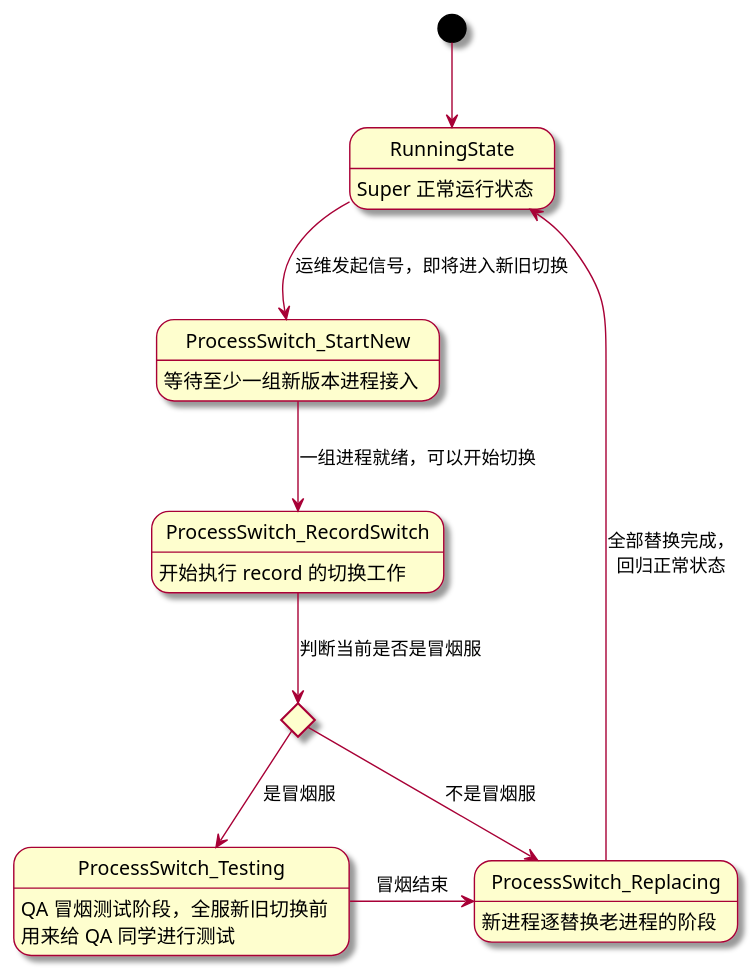
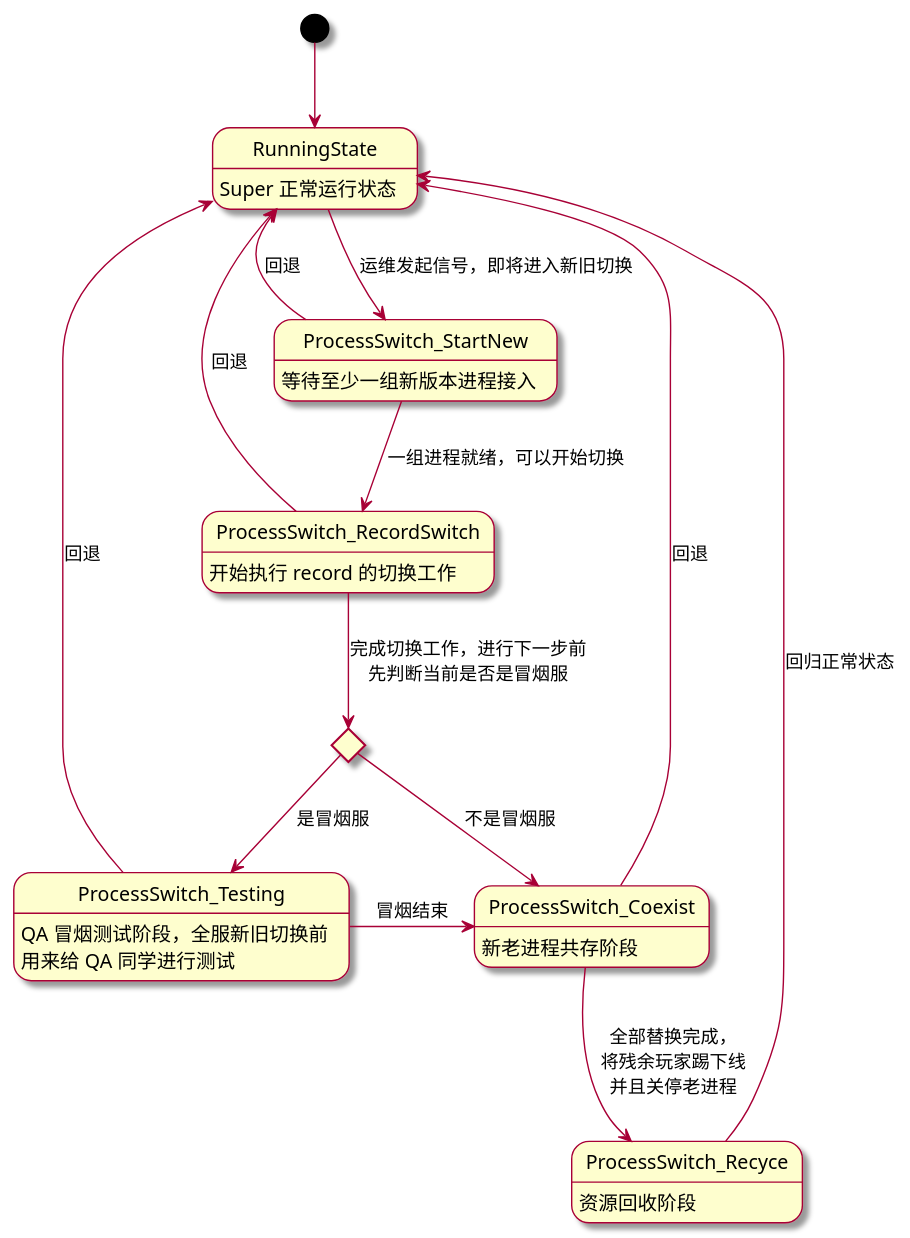
Before and after one commit to mingleeShade/MyPlantUML: the diagram in src/hgame/不停服更新/super 状态图.puml, drawn with PlantUML.

Commit message:
修改 状态图

```diff
--- a/src/hgame/不停服更新/super 状态图.puml
+++ b/src/hgame/不停服更新/super 状态图.puml
@@ -1,28 +1,37 @@
 @startuml
 ' 基础设置
 skin rose
 
 ' 状态定义
 state RunningState: Super 正常运行状态
 state ProcessSwitch_StartNew: 等待至少一组新版本进程接入
 state ProcessSwitch_RecordSwitch: 开始执行 record 的切换工作
 state choice <<choice>>
 state ProcessSwitch_Testing: QA 冒烟测试阶段，全服新旧切换前\n用来给 QA 同学进行测试
-state ProcessSwitch_Replacing: 新进程逐替换老进程的阶段
+state ProcessSwitch_Coexist: 新老进程共存阶段
+state ProcessSwitch_Recyce: 资源回收阶段
 
 
 ' 状态流转
 [*] --> RunningState
 RunningState-->ProcessSwitch_StartNew: 运维发起信号，即将进入新旧切换
+RunningState <-- ProcessSwitch_StartNew: 回退
 
 ProcessSwitch_StartNew-->ProcessSwitch_RecordSwitch: 一组进程就绪，可以开始切换
 
-ProcessSwitch_RecordSwitch --> choice: 判断当前是否是冒烟服
+RunningState <--ProcessSwitch_RecordSwitch: 回退
+
+ProcessSwitch_RecordSwitch --> choice: 完成切换工作，进行下一步前\n先判断当前是否是冒烟服
 choice --> ProcessSwitch_Testing: 是冒烟服
-choice --> ProcessSwitch_Replacing: 不是冒烟服
+RunningState <-- ProcessSwitch_Testing: 回退
 
-ProcessSwitch_Testing -> ProcessSwitch_Replacing: 冒烟结束
+choice --> ProcessSwitch_Coexist: 不是冒烟服
+RunningState <-- ProcessSwitch_Coexist: 回退
 
-ProcessSwitch_Replacing -up-> RunningState: 全部替换完成，\n回归正常状态
+ProcessSwitch_Testing -> ProcessSwitch_Coexist: 冒烟结束
+
+ProcessSwitch_Coexist --> ProcessSwitch_Recyce: 全部替换完成，\n将残余玩家踢下线\n并且关停老进程
+
+ProcessSwitch_Recyce-up->RunningState: 回归正常状态
 
 @enduml
```
